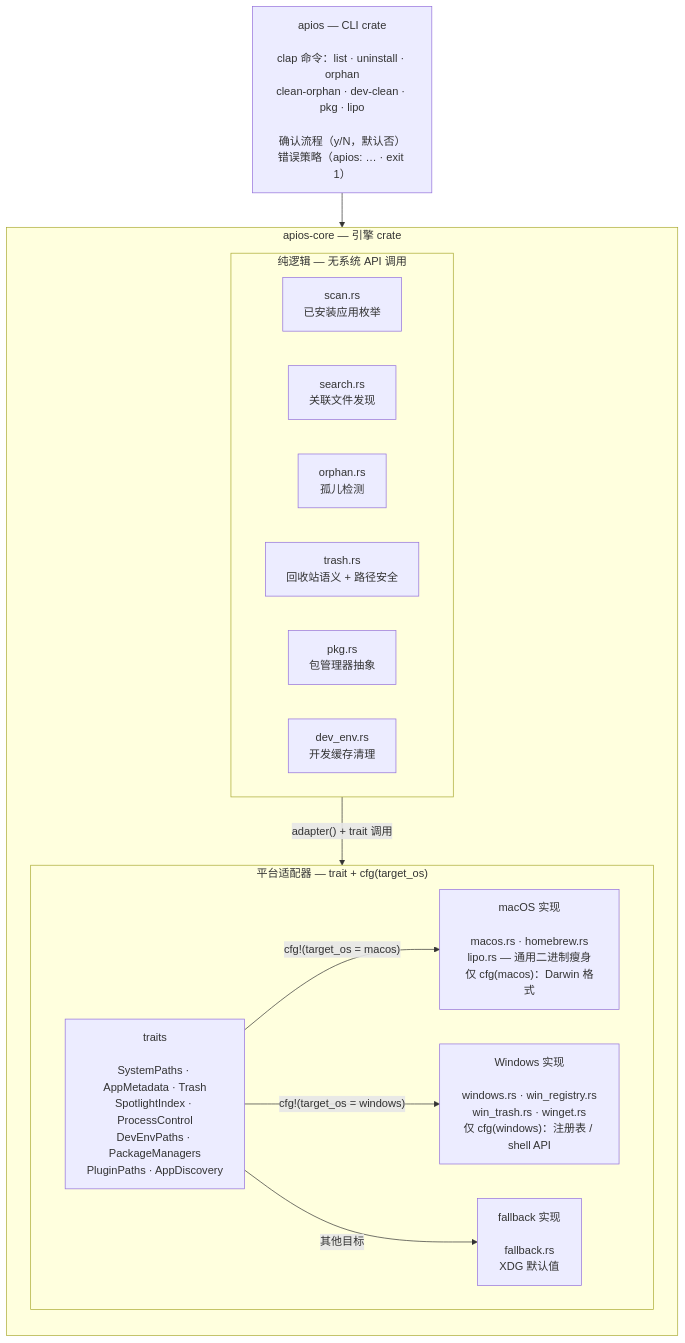
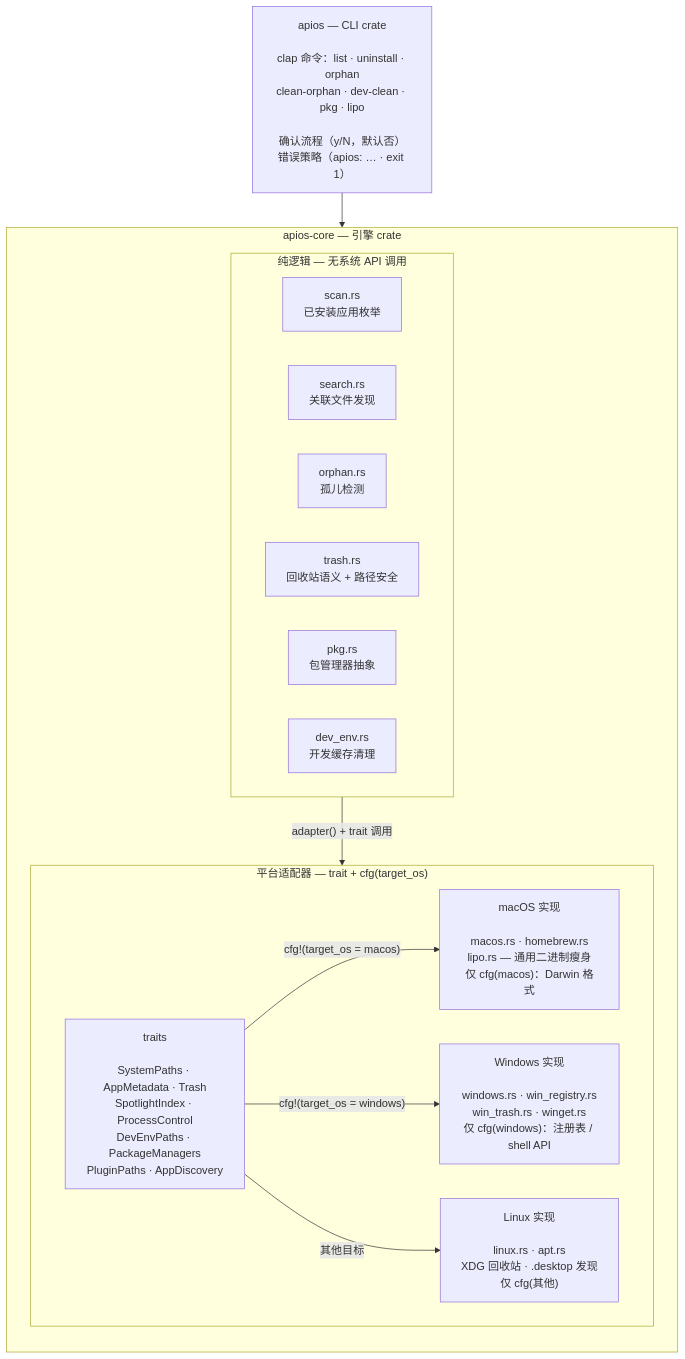
One commit to zixij644-elaborate/ApiosCleaner changed the diagram in docs/zh-CN/ARCHITECTURE.zh-CN.md. Above: the diagram before and after it, drawn with Mermaid. The commit also changed other lines of this file and 2 other files, not shown here.

First line of the commit message:
docs: sync help, README, CHANGELOG and ARCHITECTURE with --except

````diff
--- a/docs/zh-CN/ARCHITECTURE.zh-CN.md
+++ b/docs/zh-CN/ARCHITECTURE.zh-CN.md
@@ -9,32 +9,32 @@
 ```mermaid
 flowchart TB
     CLI["apios — CLI crate<br/><br/>clap 命令：list · uninstall · orphan<br/>clean-orphan · dev-clean · pkg · lipo<br/><br/>确认流程（y/N，默认否）<br/>错误策略（apios: … · exit 1）"]
 
     subgraph CORE["apios-core — 引擎 crate"]
         direction TB
 
         subgraph LOGIC["纯逻辑 — 无系统 API 调用"]
             direction LR
             SCAN["scan.rs<br/>已安装应用枚举"]
             SEARCH["search.rs<br/>关联文件发现"]
             ORPHAN["orphan.rs<br/>孤儿检测"]
             TRASH["trash.rs<br/>回收站语义 + 路径安全"]
             PKG["pkg.rs<br/>包管理器抽象"]
             DEVENV["dev_env.rs<br/>开发缓存清理"]
         end
 
         subgraph ADAPTER["平台适配器 — trait + cfg(target_os)"]
             direction LR
             TRAITS["traits<br/><br/>SystemPaths · AppMetadata · Trash<br/>SpotlightIndex · ProcessControl<br/>DevEnvPaths · PackageManagers<br/>PluginPaths · AppDiscovery"]
             MAC["macOS 实现<br/><br/>macos.rs · homebrew.rs<br/>lipo.rs — 通用二进制瘦身<br/>仅 cfg(macos)：Darwin 格式"]
             WIN["Windows 实现<br/><br/>windows.rs · win_registry.rs<br/>win_trash.rs · winget.rs<br/>仅 cfg(windows)：注册表 / shell API"]
-            FB["fallback 实现<br/><br/>fallback.rs<br/>XDG 默认值"]
+            LINUX["Linux 实现<br/><br/>linux.rs · apt.rs<br/>XDG 回收站 · .desktop 发现<br/>仅 cfg(其他)"]
         end
     end
 
     CLI --> CORE
     LOGIC -->|"adapter() + trait 调用"| TRAITS
     TRAITS -->|"cfg!(target_os = macos)"| MAC
     TRAITS -->|"cfg!(target_os = windows)"| WIN
-    TRAITS -->|"其他目标"| FB
+    TRAITS -->|"其他目标"| LINUX
 ```
````
